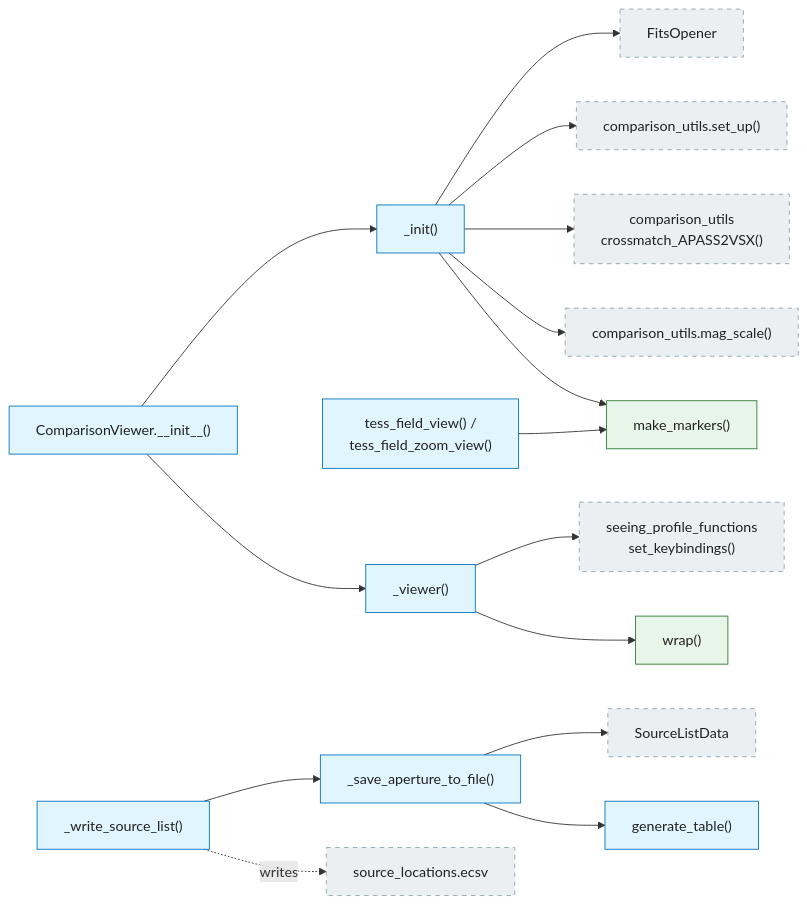
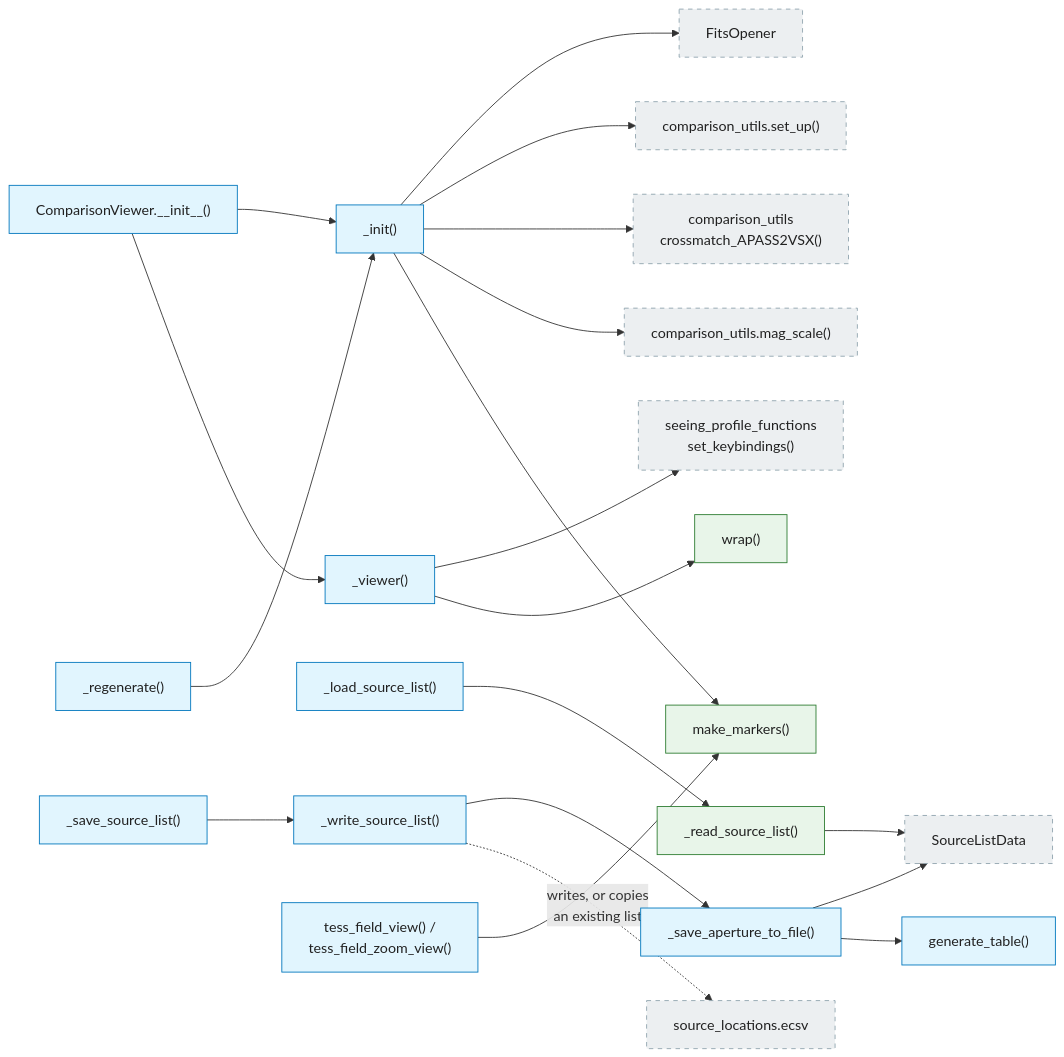
Diagram 12 of 16 in docs/diagrams-04-call-graphs.md (feder-observatory/stellarphot), drawn with Mermaid before and after one commit. The commit also changed 5 other files, not shown here.

````diff
--- a/docs/diagrams-04-call-graphs.md
+++ b/docs/diagrams-04-call-graphs.md
@@ -697,55 +697,67 @@
 ```mermaid
 flowchart LR
     classDef cls fill:#e1f5fe,stroke:#0277bd,color:#212121
     classDef fn fill:#e8f5e9,stroke:#2e7d32,color:#212121
     classDef external fill:#eceff1,stroke:#90a4ae,stroke-dasharray: 5 5,color:#212121
 
     cv_init["ComparisonViewer.__init__()"]:::cls
     cv_setup["_init()"]:::cls
     cv_viewer["_viewer()"]:::cls
     cv_table["generate_table()"]:::cls
+    cv_regen["_regenerate()"]:::cls
+    cv_load["_load_source_list()"]:::cls
+    cv_save["_save_source_list()"]:::cls
     cv_saveloc["_write_source_list()"]:::cls
     cv_saveap["_save_aperture_to_file()"]:::cls
     cv_tess["tess_field_view() /<br/>tess_field_zoom_view()"]:::cls
     markers["make_markers()"]:::fn
     wrapfn["wrap()"]:::fn
+    readlist["_read_source_list()"]:::fn
 
     fo["FitsOpener"]:::external
     setup_ext["comparison_utils.set_up()"]:::external
     xmatch_ext["comparison_utils<br/>crossmatch_APASS2VSX()"]:::external
     magscale_ext["comparison_utils.mag_scale()"]:::external
     keybind["seeing_profile_functions<br/>set_keybindings()"]:::external
     sld["SourceListData"]:::external
     locfile["source_locations.ecsv"]:::external
 
     cv_init --> cv_setup
     cv_init --> cv_viewer
     cv_setup --> fo
     cv_setup --> setup_ext
     cv_setup --> xmatch_ext
     cv_setup --> magscale_ext
     cv_setup --> markers
     cv_viewer --> keybind
     cv_viewer --> wrapfn
+    cv_regen --> cv_setup
+    cv_load --> readlist
+    readlist --> sld
+    cv_save --> cv_saveloc
     cv_saveloc --> cv_saveap
     cv_saveap --> sld
-    cv_saveloc -.->|"writes"| locfile
+    cv_saveloc -.->|"writes, or copies<br/>an existing list"| locfile
     cv_saveap --> cv_table
     cv_tess --> markers
 
     click cv_init href "../stellarphot/gui/comparison_functions.py" "comparison_functions.py"
     click cv_setup href "../stellarphot/gui/comparison_functions.py" "comparison_functions.py"
     click cv_viewer href "../stellarphot/gui/comparison_functions.py" "comparison_functions.py"
     click cv_table href "../stellarphot/gui/comparison_functions.py" "comparison_functions.py"
+    click cv_regen href "../stellarphot/gui/comparison_functions.py" "comparison_functions.py"
+    click cv_load href "../stellarphot/gui/comparison_functions.py" "comparison_functions.py"
+    click cv_save href "../stellarphot/gui/comparison_functions.py" "comparison_functions.py"
+    click readlist href "../stellarphot/gui/comparison_functions.py" "comparison_functions.py"
     click cv_saveloc href "../stellarphot/gui/comparison_functions.py" "comparison_functions.py"
     click cv_saveap href "../stellarphot/gui/comparison_functions.py" "comparison_functions.py"
     click cv_tess href "../stellarphot/gui/comparison_functions.py" "comparison_functions.py"
     click markers href "../stellarphot/gui/comparison_functions.py" "comparison_functions.py"
     click wrapfn href "../stellarphot/gui/comparison_functions.py" "comparison_functions.py"
     click fo href "../stellarphot/gui/fits_opener.py" "fits_opener.py"
     click setup_ext href "../stellarphot/utils/comparison_utils.py" "comparison_utils.py"
     click xmatch_ext href "../stellarphot/utils/comparison_utils.py" "comparison_utils.py"
     click magscale_ext href "../stellarphot/utils/comparison_utils.py" "comparison_utils.py"
     click keybind href "../stellarphot/gui/seeing_profile_functions.py" "seeing_profile_functions.py"
     click sld href "../stellarphot/core.py" "core.py"
 ```
````
